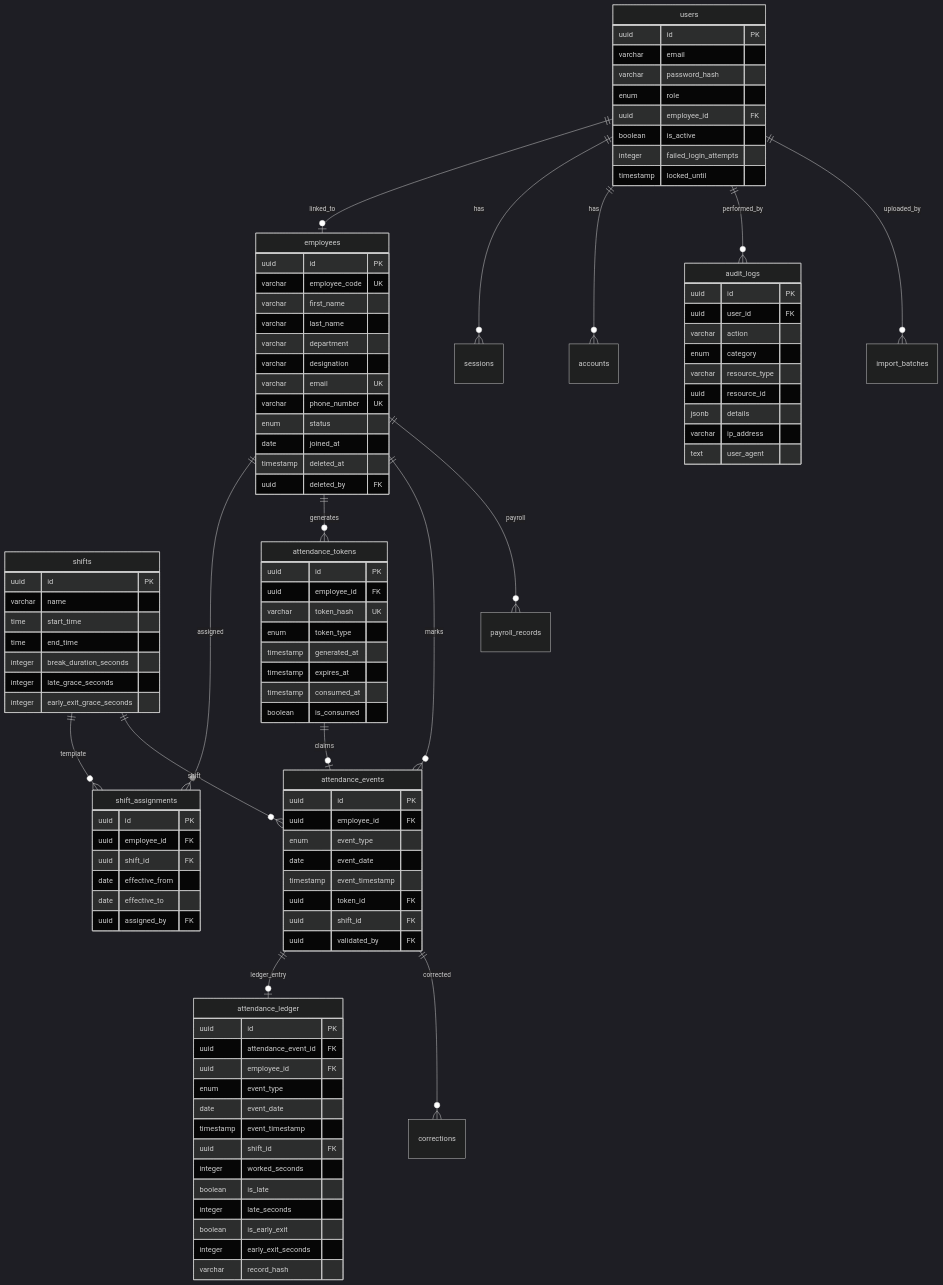
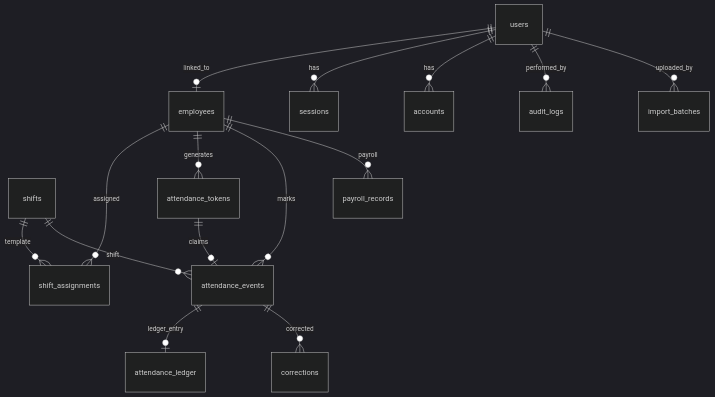
One commit to SOUMYA0023/WorkForce1 changed the fourth of 5 diagrams in ARCHITECTURE.md. Above: the diagram before and after it, drawn with Mermaid (dark theme). The commit also changed other lines of this file and 17 other files, not shown here.

````diff
--- a/ARCHITECTURE.md
+++ b/ARCHITECTURE.md
@@ -125,99 +112,4 @@
     attendance_events ||--o{ corrections : "corrected"
     users ||--o{ audit_logs : "performed_by"
     users ||--o{ import_batches : "uploaded_by"
-
-    users {
-        uuid id PK
-        varchar email
-        varchar password_hash
-        enum role
-        uuid employee_id FK
-        boolean is_active
-        integer failed_login_attempts
-        timestamp locked_until
-    }
-
-    employees {
-        uuid id PK
-        varchar employee_code UK
-        varchar first_name
-        varchar last_name
-        varchar department
-        varchar designation
-        varchar email UK
-        varchar phone_number UK
-        enum status
-        date joined_at
-        timestamp deleted_at
-        uuid deleted_by FK
-    }
-
-    shifts {
-        uuid id PK
-        varchar name
-        time start_time
-        time end_time
-        integer break_duration_seconds
-        integer late_grace_seconds
-        integer early_exit_grace_seconds
-    }
-
-    shift_assignments {
-        uuid id PK
-        uuid employee_id FK
-        uuid shift_id FK
-        date effective_from
-        date effective_to
-        uuid assigned_by FK
-    }
-
-    attendance_tokens {
-        uuid id PK
-        uuid employee_id FK
-        varchar token_hash UK
-        enum token_type
-        timestamp generated_at
-        timestamp expires_at
-        timestamp consumed_at
-        boolean is_consumed
-    }
-
-    attendance_events {
-        uuid id PK
-        uuid employee_id FK
-        enum event_type
-        date event_date
-        timestamp event_timestamp
-        uuid token_id FK
-        uuid shift_id FK
-        uuid validated_by FK
-    }
-
-    attendance_ledger {
-        uuid id PK
-        uuid attendance_event_id FK
-        uuid employee_id FK
-        enum event_type
-        date event_date
-        timestamp event_timestamp
-        uuid shift_id FK
-        integer worked_seconds
-        boolean is_late
-        integer late_seconds
-        boolean is_early_exit
-        integer early_exit_seconds
-        varchar record_hash
-    }
-
-    audit_logs {
-        uuid id PK
-        uuid user_id FK
-        varchar action
-        enum category
-        varchar resource_type
-        uuid resource_id
-        jsonb details
-        varchar ip_address
-        text user_agent
-    }
 ```
````
